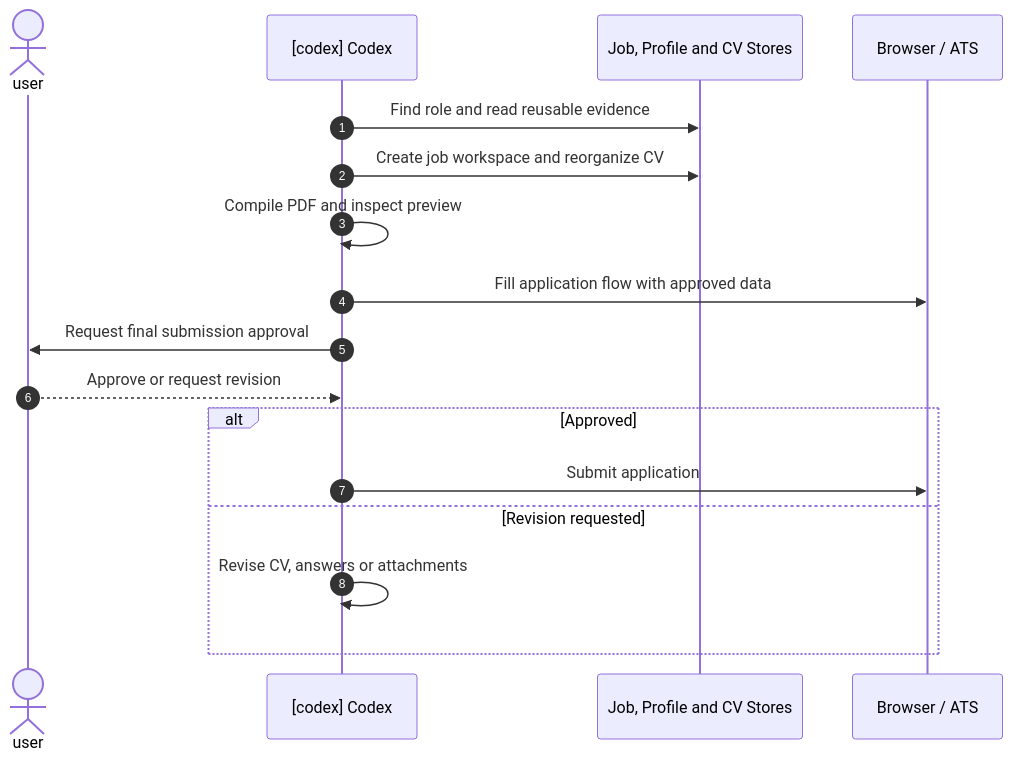
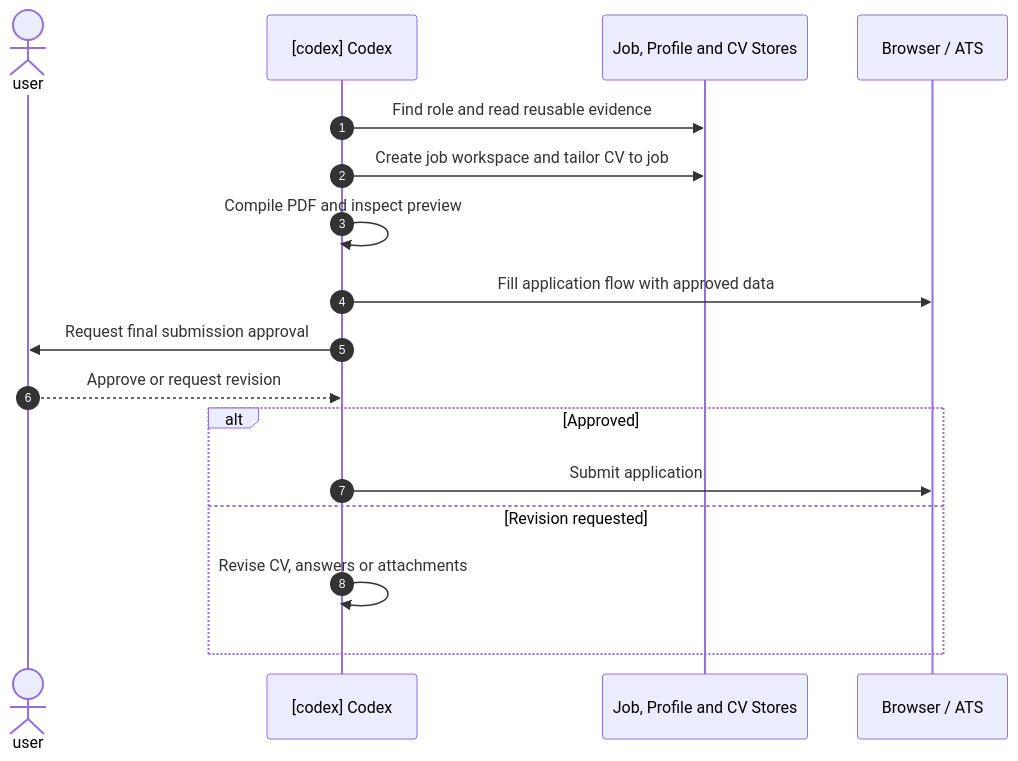
Before and after one commit to ddm18/codex-managed-application-workflow: the diagram in docs/workflow.md, drawn with Mermaid. The commit also changed other lines of this file and 2 other files, not shown here.

Commit message:
Clarify per-job CV tailoring scope

````diff
--- a/docs/workflow.md
+++ b/docs/workflow.md
@@ -9,20 +9,20 @@
 ```mermaid
 sequenceDiagram
   autonumber
   actor U as user
   participant C as [codex] Codex
   participant S as Job, Profile and CV Stores
   participant B as Browser / ATS
 
   C->>S: Find role and read reusable evidence
-  C->>S: Create job workspace and reorganize CV
+  C->>S: Create job workspace and tailor CV to job
   C->>C: Compile PDF and inspect preview
   C->>B: Fill application flow with approved data
   C->>U: Request final submission approval
   U-->>C: Approve or request revision
   alt Approved
     C->>B: Submit application
   else Revision requested
     C->>C: Revise CV, answers or attachments
   end
 ```
````
